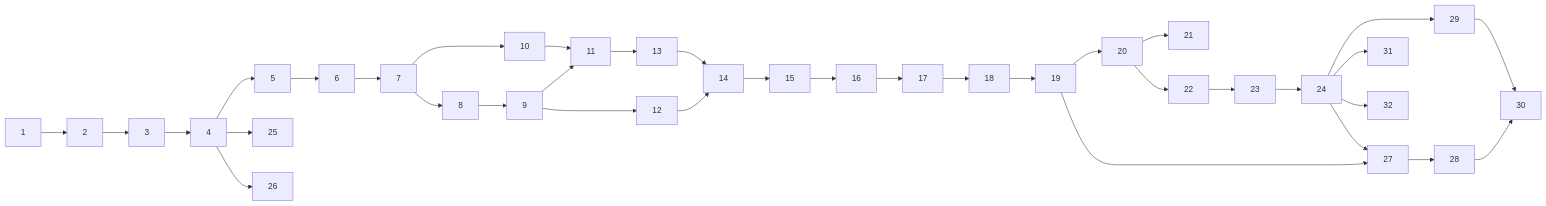
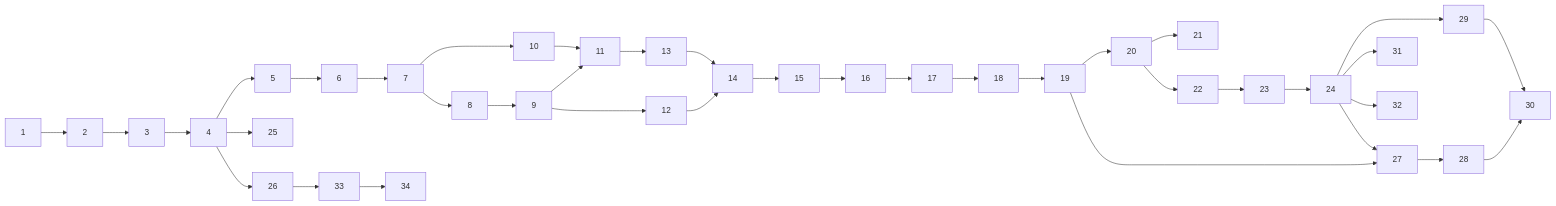
The diagram in docs/tickets/README.md (greentiger0789/engine-sound-simulator), drawn with Mermaid before and after one commit. The commit also changed other lines of this file and 3 other files, not shown here.

````diff
--- a/docs/tickets/README.md
+++ b/docs/tickets/README.md
@@ -54,38 +56,40 @@
 ```mermaid
 flowchart LR
   T1[1] --> T2[2]
   T2[2] --> T3[3]
   T3[3] --> T4[4]
   T4[4] --> T5[5]
   T5[5] --> T6[6]
   T6[6] --> T7[7]
   T7[7] --> T8[8]
   T7[7] --> T10[10]
   T8[8] --> T9[9]
   T9[9] --> T11[11]
   T9[9] --> T12[12]
   T10[10] --> T11[11]
   T11[11] --> T13[13]
   T12[12] --> T14[14]
   T13[13] --> T14[14]
   T14[14] --> T15[15]
   T15[15] --> T16[16]
   T16[16] --> T17[17]
   T17[17] --> T18[18]
   T18[18] --> T19[19]
   T19[19] --> T20[20]
   T20[20] --> T21[21]
   T20[20] --> T22[22]
   T22[22] --> T23[23]
   T23[23] --> T24[24]
   T4[4] --> T25[25]
   T4[4] --> T26[26]
+  T26[26] --> T33[33]
+  T33[33] --> T34[34]
   T19[19] --> T27[27]
   T24[24] --> T27[27]
   T27[27] --> T28[28]
   T24[24] --> T29[29]
   T28[28] --> T30[30]
   T29[29] --> T30[30]
   T24[24] --> T31[31]
   T24[24] --> T32[32]
 ```
````
